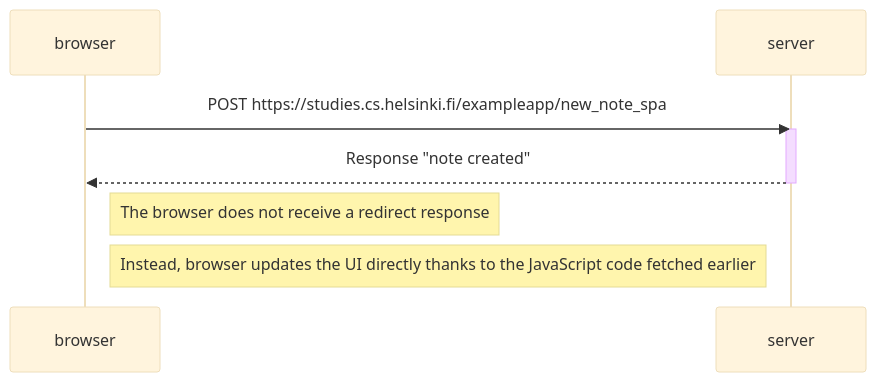
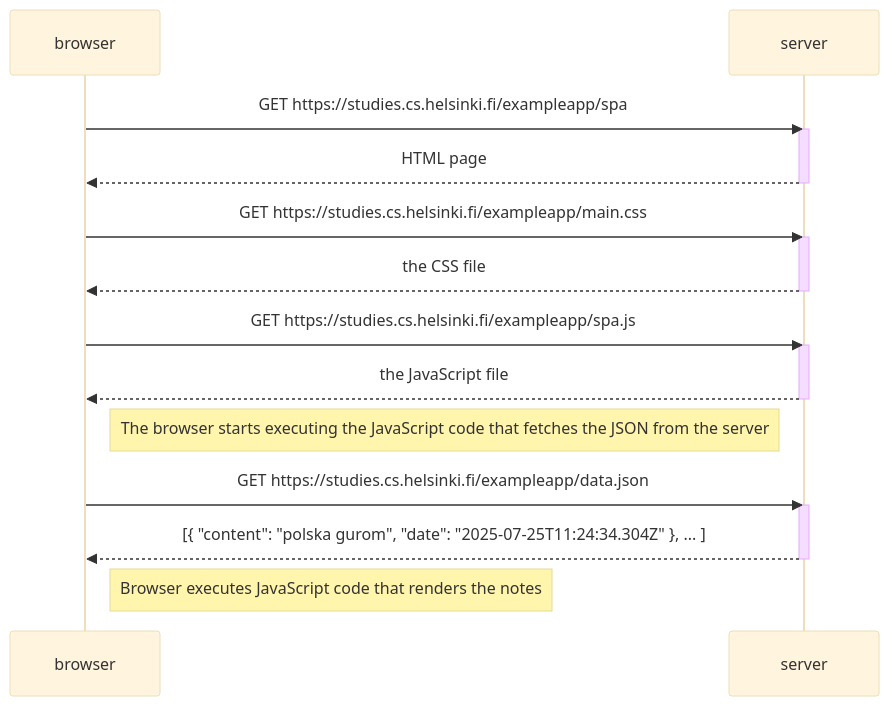
The diagram in Part 0/exercise_0_5.md (Dorian2115/Full_Stack_Open_Course), drawn with Mermaid (base theme) before and after one commit. The commit also changed 1 other file, not shown here.

Commit message:
pierwsza próba wszystkie zadania

````diff
--- a/Part 0/exercise_0_5.md
+++ b/Part 0/exercise_0_5.md
@@ -1,12 +1,29 @@
 ```mermaid
 sequenceDiagram
     participant browser
     participant server
 
-    browser->>server: POST https://studies.cs.helsinki.fi/exampleapp/new_note_spa
+    browser->>server: GET https://studies.cs.helsinki.fi/exampleapp/spa
     activate server
-    server-->>browser: Response "note created"
+    server-->>browser: HTML page
     deactivate server
-    Note right of browser: The browser does not receive a redirect response 
-    Note right of browser: Instead, browser updates the UI directly thanks to the JavaScript code fetched earlier
+
+    browser->>server: GET https://studies.cs.helsinki.fi/exampleapp/main.css
+    activate server
+    server-->>browser: the CSS file
+    deactivate server
+
+    browser->>server: GET https://studies.cs.helsinki.fi/exampleapp/spa.js
+    activate server
+    server-->>browser: the JavaScript file
+    deactivate server
+
+    Note right of browser: The browser starts executing the JavaScript code that fetches the JSON from the server
+
+    browser->>server: GET https://studies.cs.helsinki.fi/exampleapp/data.json
+    activate server
+    server-->>browser: [{ "content": "polska gurom", "date": "2025-07-25T11:24:34.304Z" }, ... ]
+    deactivate server
+
+    Note right of browser: Browser executes JavaScript code that renders the notes
 ```
````
